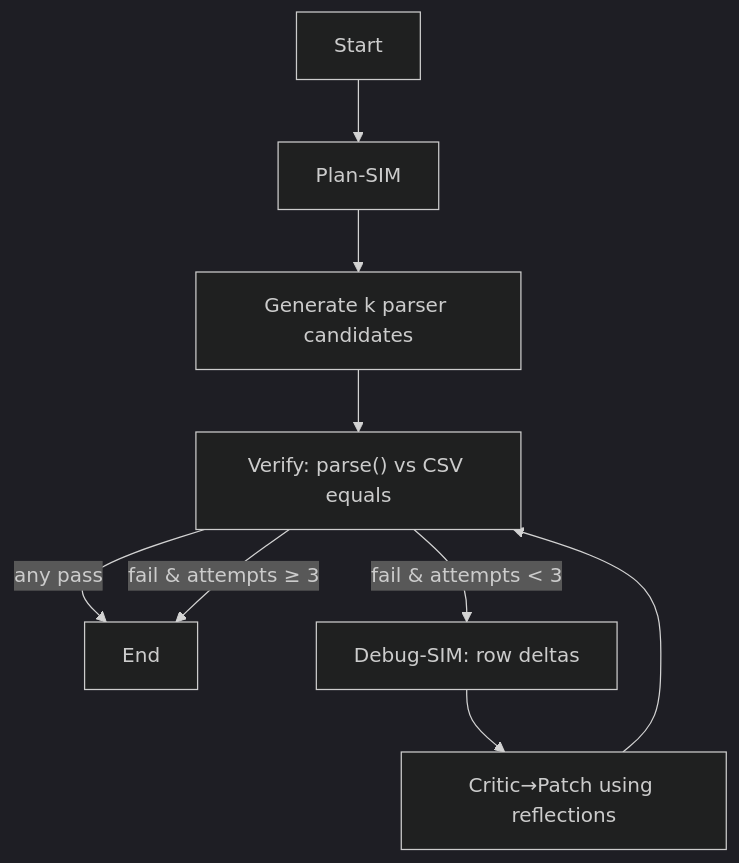
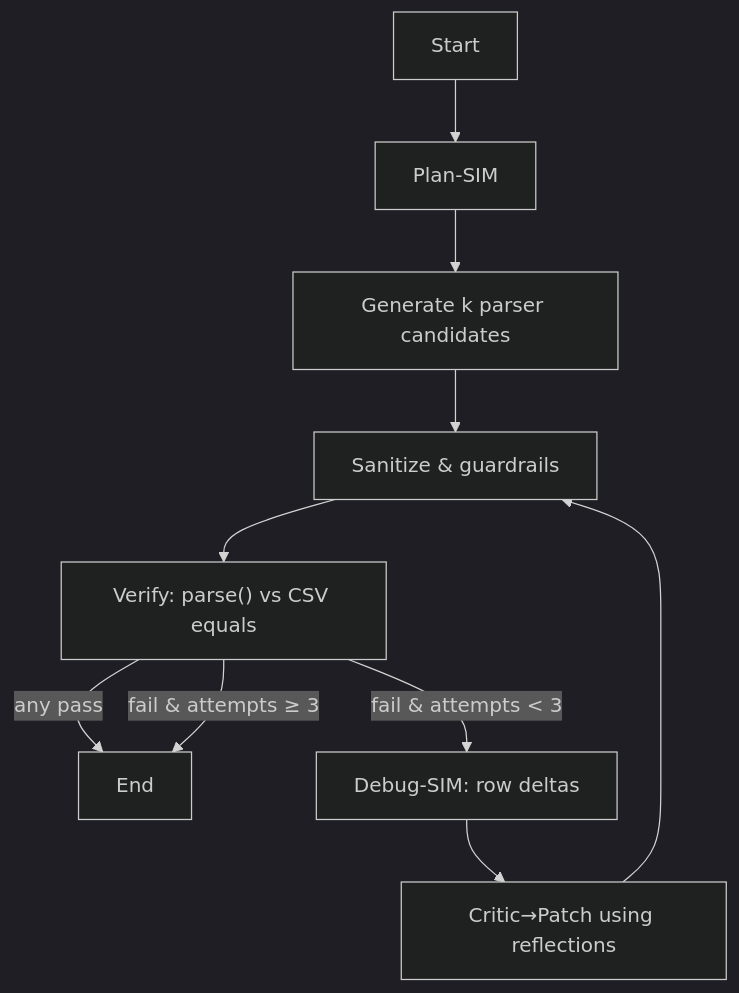
The diagram in README.md (adysinghh/ai-agent-challenge), drawn with Mermaid (dark theme) before and after one commit. The commit also changed other lines of this file, not shown here.

````diff
--- a/README.md
+++ b/README.md
@@ -62,11 +73,13 @@
 ```mermaid
   flowchart TB
   A[Start] --> B["Plan-SIM"]
   B --> C["Generate k parser candidates"]
-  C --> D["Verify: parse() vs CSV equals"]
+  C --> S["Sanitize & guardrails"]
+  S --> D["Verify: parse() vs CSV equals"]
   D -->|any pass| G[End]
   D -->|fail & attempts < 3| E["Debug-SIM: row deltas"]
   E --> F["Critic→Patch using reflections"]
-  F --> D
+  F --> S
   D -->|fail & attempts ≥ 3| G[End]
+
 ```
````
